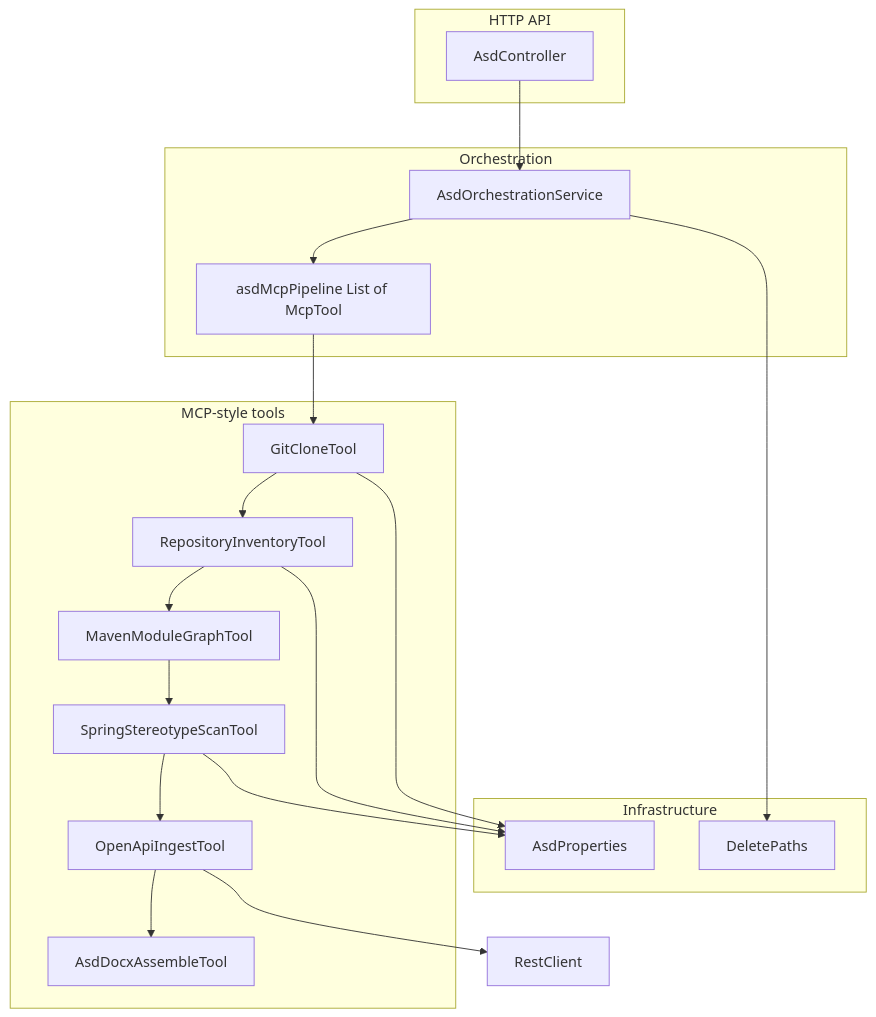
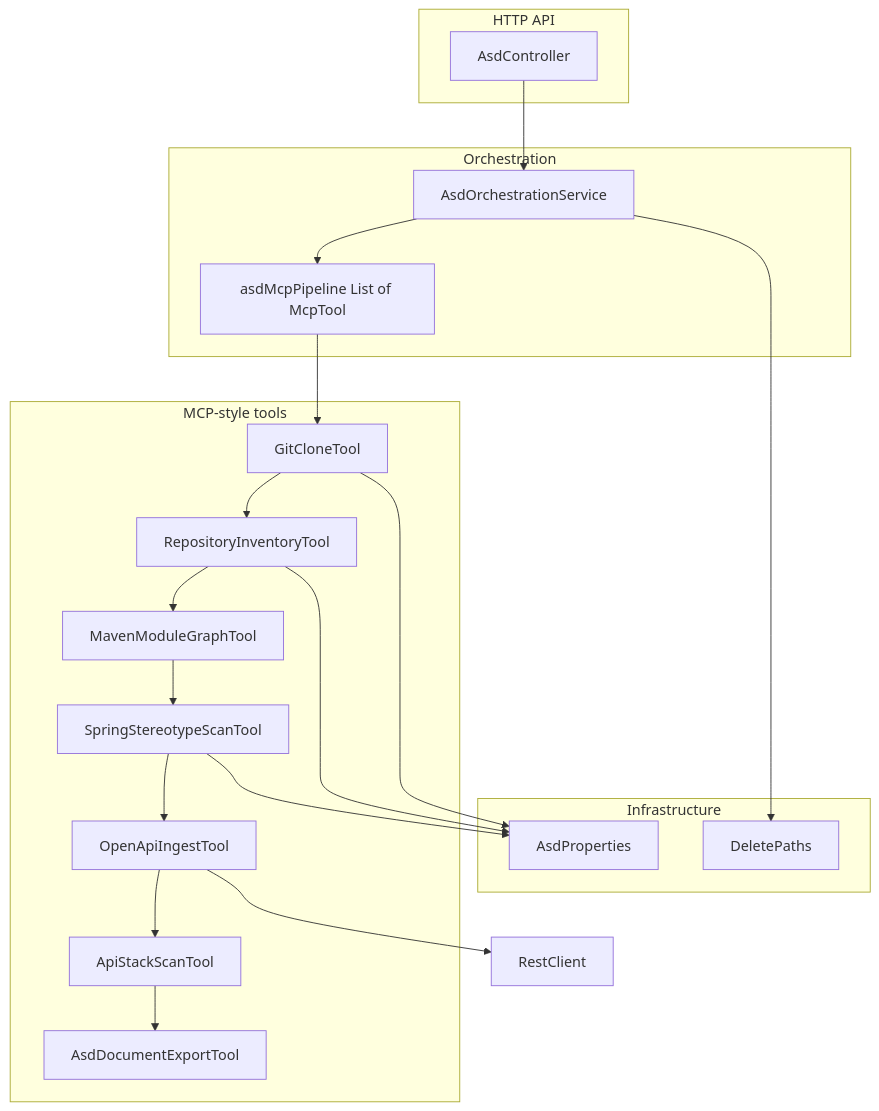
The second of 2 diagrams in docs/DESIGN.md (bharatkr/asd-architecture-service), drawn with Mermaid before and after one commit. The commit also changed other lines of this file and 9 other files, not shown here.

````diff
--- a/docs/DESIGN.md
+++ b/docs/DESIGN.md
@@ -50,31 +50,32 @@
 ```mermaid
 flowchart TB
   subgraph API["HTTP API"]
     C[AsdController]
   end
   subgraph Core["Orchestration"]
     O[AsdOrchestrationService]
     P[asdMcpPipeline List of McpTool]
   end
   subgraph Tools["MCP-style tools"]
     T1[GitCloneTool]
     T2[RepositoryInventoryTool]
     T3[MavenModuleGraphTool]
     T4[SpringStereotypeScanTool]
     T5[OpenApiIngestTool]
-    T6[AsdDocxAssembleTool]
+    T6[ApiStackScanTool]
+    T7[AsdDocumentExportTool]
   end
   subgraph Infra["Infrastructure"]
     Props[AsdProperties]
     Del[DeletePaths]
   end
 
   C --> O
   O --> P
-  P --> T1 --> T2 --> T3 --> T4 --> T5 --> T6
+  P --> T1 --> T2 --> T3 --> T4 --> T5 --> T6 --> T7
   T1 --> Props
   T2 --> Props
   T4 --> Props
   T5 --> RestClient
   O --> Del
 ```
````
